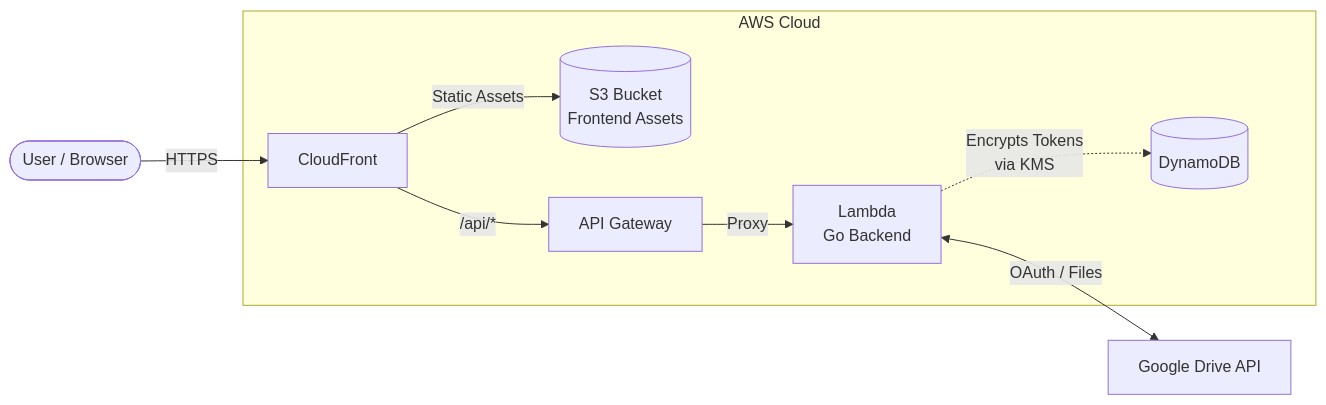
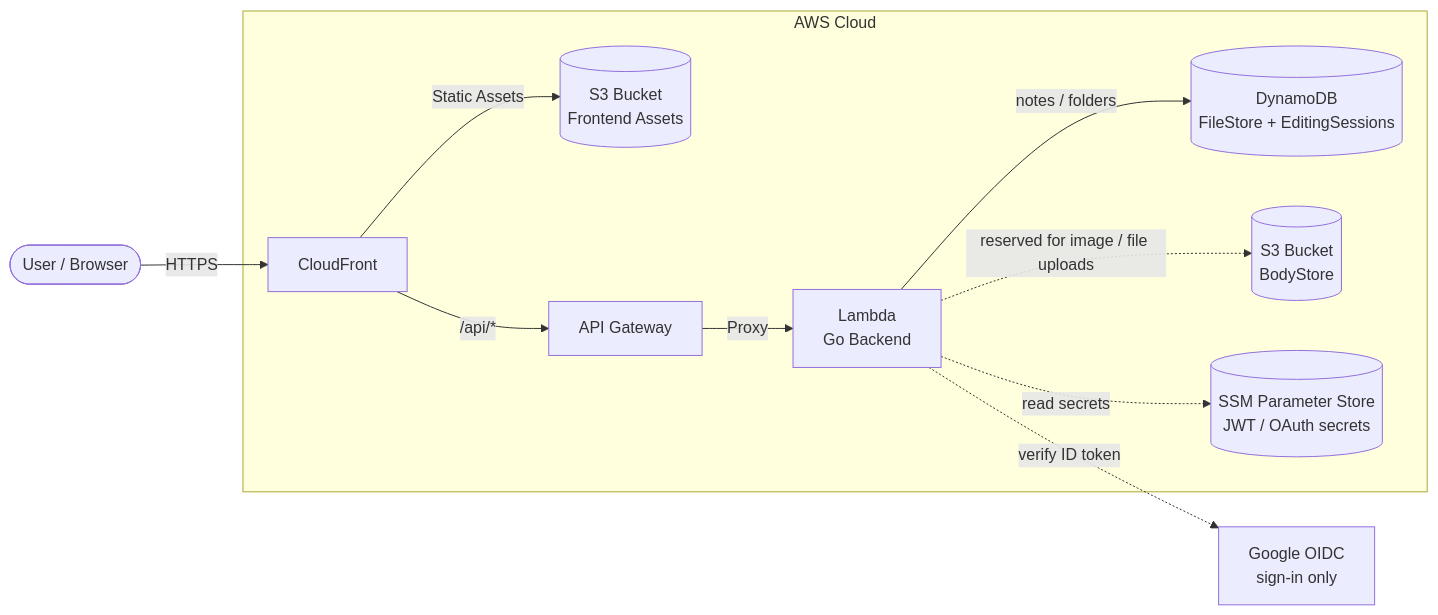
One commit to j-un/GophDrive changed the diagram in README.md. Above: the diagram before and after it, drawn with Mermaid. The commit also changed other lines of this file and 1 other file, not shown here.

First line of the commit message:
docs: refresh README and CLAUDE.md to current architecture

````diff
--- a/README.md
+++ b/README.md
@@ -40,25 +41,27 @@
 ```mermaid
 flowchart LR
     User([User / Browser])
-    GoogleDrive[Google Drive API]
-    
+    Google[Google OIDC<br/>sign-in only]
+
     subgraph AWS [AWS Cloud]
         CF[CloudFront]
-        S3[(S3 Bucket<br/>Frontend Assets)]
+        S3Front[(S3 Bucket<br/>Frontend Assets)]
         API[API Gateway]
         Lambda[Lambda<br/>Go Backend]
-        Dynamo[(DynamoDB)]
+        Dynamo[(DynamoDB<br/>FileStore + EditingSessions)]
+        BodyStore[(S3 Bucket<br/>BodyStore)]
+        SSM[(SSM Parameter Store<br/>JWT / OAuth secrets)]
     end
 
     %% Access Flow
     User -->|HTTPS| CF
-    CF -->|Static Assets| S3
+    CF -->|Static Assets| S3Front
     CF -->|/api/*| API
-    
+
     %% Main Application Flow
     API -->|Proxy| Lambda
-    Lambda <-->|OAuth / Files| GoogleDrive
-    
-    %% Backend Dependencies
-    Lambda -.->|Encrypts Tokens<br/>via KMS| Dynamo
+    Lambda -->|notes / folders| Dynamo
+    Lambda -.->|reserved for image / file uploads| BodyStore
+    Lambda -.->|verify ID token| Google
+    Lambda -.->|read secrets| SSM
 ```
````
